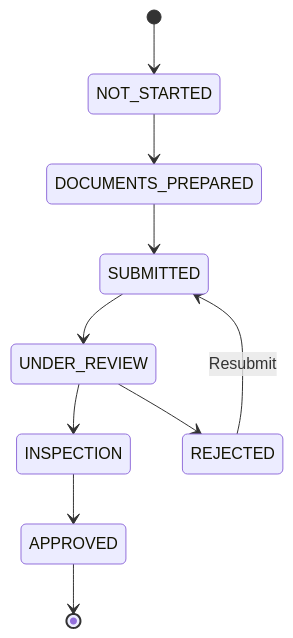
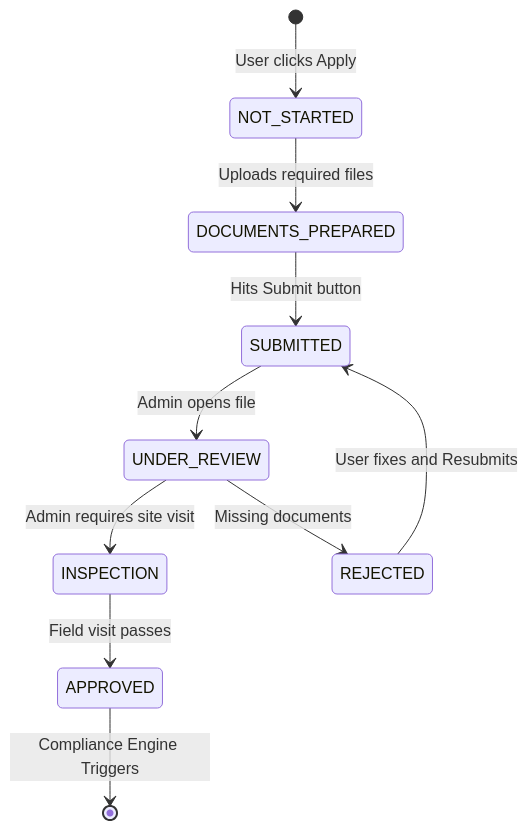
Before and after one commit to priyanshuguptacoder/SIH-Hackathon: the second of 3 diagrams in readme.md, drawn with Mermaid. The commit also changed other lines of this file, not shown here.

Commit message:
docs: expand README to 1050+ lines with detailed schemas and API payloads

````diff
--- a/readme.md
+++ b/readme.md
@@ -366,12 +457,12 @@
 ```mermaid
 stateDiagram-v2
-    [*] --> NOT_STARTED
-    NOT_STARTED --> DOCUMENTS_PREPARED
-    DOCUMENTS_PREPARED --> SUBMITTED
-    SUBMITTED --> UNDER_REVIEW
-    UNDER_REVIEW --> INSPECTION
-    INSPECTION --> APPROVED
-    UNDER_REVIEW --> REJECTED
-    REJECTED --> SUBMITTED : Resubmit
-    APPROVED --> [*]
+    [*] --> NOT_STARTED: User clicks Apply
+    NOT_STARTED --> DOCUMENTS_PREPARED: Uploads required files
+    DOCUMENTS_PREPARED --> SUBMITTED: Hits Submit button
+    SUBMITTED --> UNDER_REVIEW: Admin opens file
+    UNDER_REVIEW --> INSPECTION: Admin requires site visit
+    INSPECTION --> APPROVED: Field visit passes
+    UNDER_REVIEW --> REJECTED: Missing documents
+    REJECTED --> SUBMITTED : User fixes and Resubmits
+    APPROVED --> [*]: Compliance Engine Triggers
 ```
````
